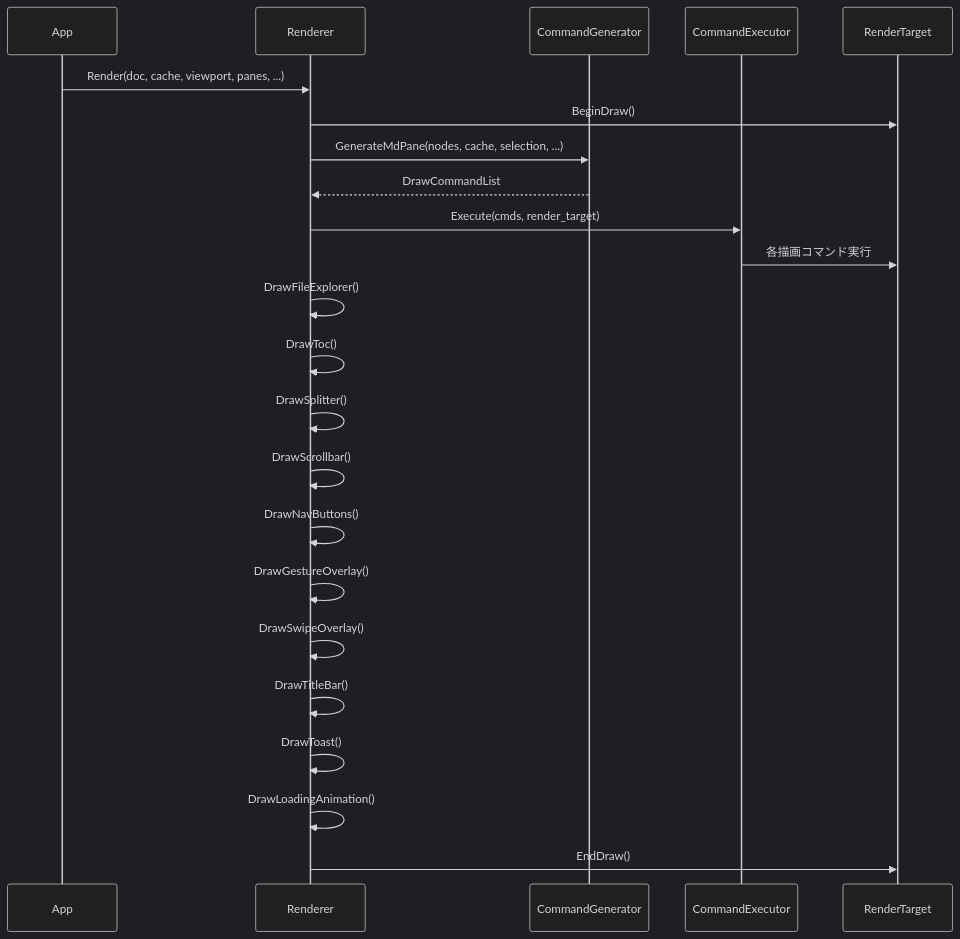
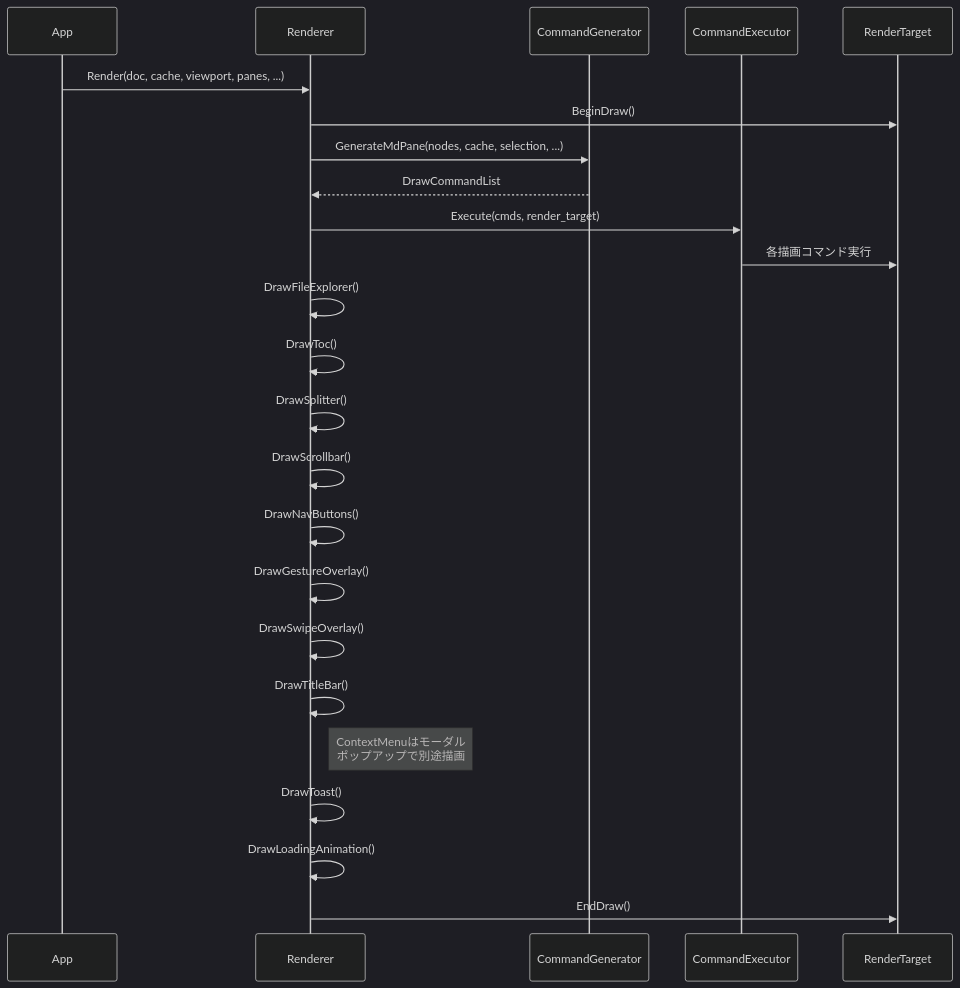
Diagram 20 of 28 in example/test.md (tanaton/mendo), drawn with Mermaid (dark theme) before and after one commit. The commit also changed other lines of this file, not shown here.

````diff
--- a/example/test.md
+++ b/example/test.md
@@ -1566,26 +1736,27 @@
 ```mermaid
 sequenceDiagram
     participant APP as App
     participant R as Renderer
     participant CG as CommandGenerator
     participant CE as CommandExecutor
     participant RT as RenderTarget
 
     APP->>R: Render(doc, cache, viewport, panes, ...)
     R->>RT: BeginDraw()
     R->>CG: GenerateMdPane(nodes, cache, selection, ...)
     CG-->>R: DrawCommandList
     R->>CE: Execute(cmds, render_target)
     CE->>RT: 各描画コマンド実行
     R->>R: DrawFileExplorer()
     R->>R: DrawToc()
     R->>R: DrawSplitter()
     R->>R: DrawScrollbar()
     R->>R: DrawNavButtons()
     R->>R: DrawGestureOverlay()
     R->>R: DrawSwipeOverlay()
     R->>R: DrawTitleBar()
+    Note right of R: ContextMenuはモーダル<br>ポップアップで別途描画
     R->>R: DrawToast()
     R->>R: DrawLoadingAnimation()
     R->>RT: EndDraw()
 ```
````
